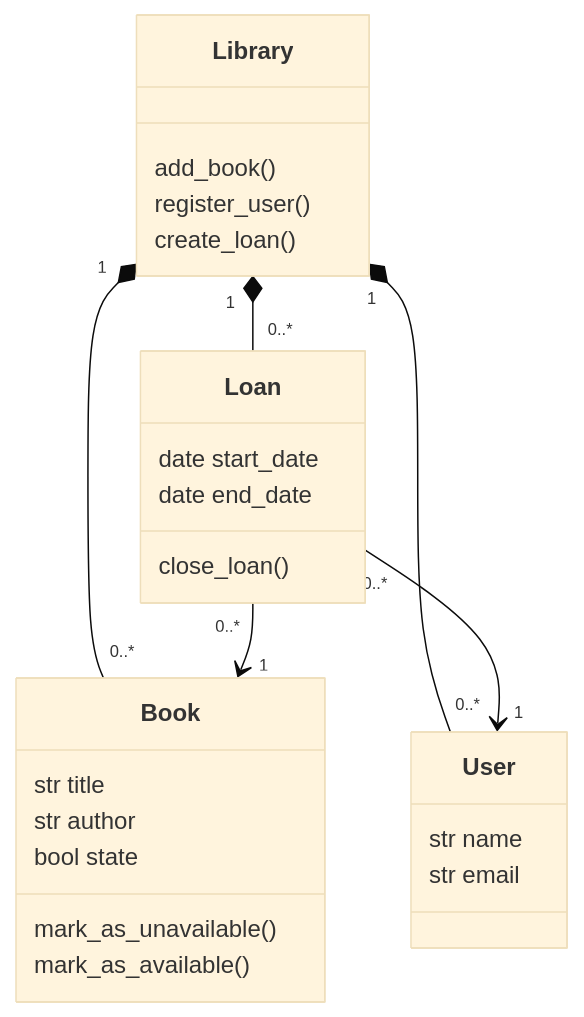
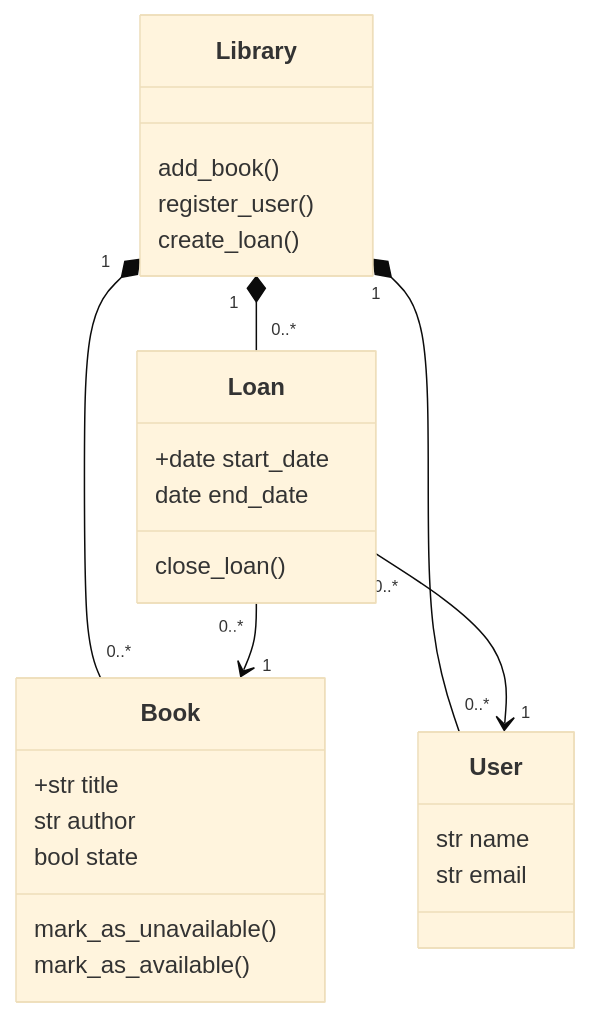
One commit to RodrigoMato00/holbertonschool-sw_design_architecture changed the diagram in uml_intro/0-class_diagram.mmd. Above: the diagram before and after it, drawn with Mermaid (base theme). The commit also changed 1 other file, not shown here.

Commit message:
Break UML intro diagrams to test checker failures
Introduce intentional syntax and sequence-signature mismatches so the
Holberton checker reports the expected failures on both UML intro tasks.

```diff
--- a/uml_intro/0-class_diagram.mmd
+++ b/uml_intro/0-class_diagram.mmd
@@ -1,31 +1,31 @@
 classDiagram
     class Library {
         add_book()
         register_user()
         create_loan()
     }
 
     class Book {
-        str title
+        +str title
         str author
         bool state
         mark_as_unavailable()
         mark_as_available()
     }
 
     class User {
         str name
         str email
     }
 
     class Loan {
-        date start_date
+        +date start_date
         date end_date
         close_loan()
     }
 
     Library "1" *-- "0..*" Book
     Library "1" *-- "0..*" User
     Library "1" *-- "0..*" Loan
     Loan "0..*" --> "1" Book
     Loan "0..*" --> "1" User
```
